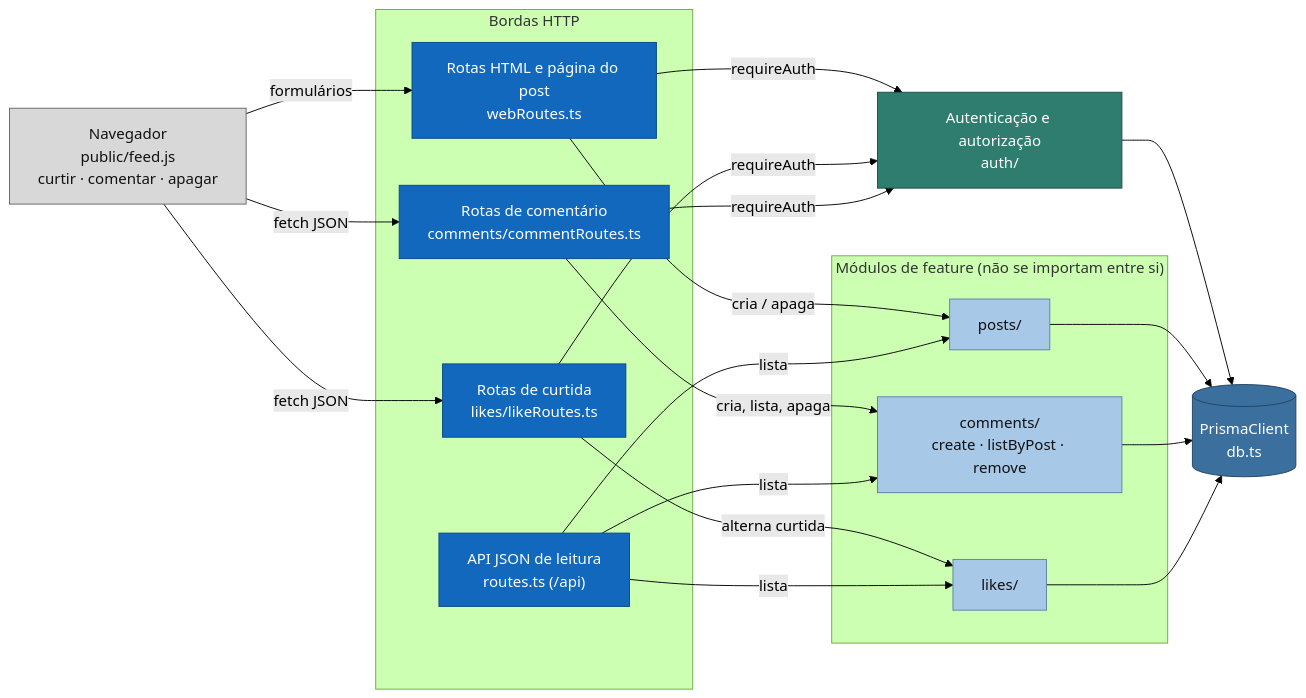
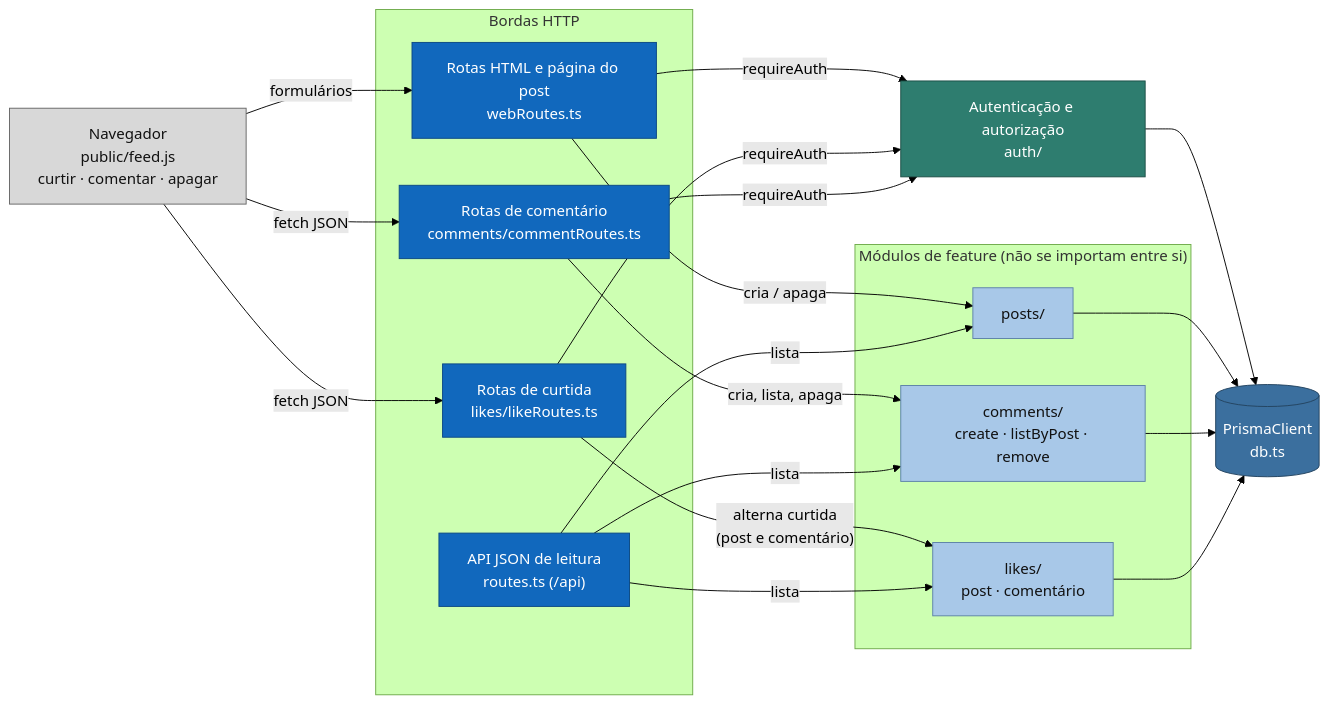
Before and after one commit to robertoSilva-ux/redesocial: the third of 4 diagrams in docs/arquitetura/c4.md, drawn with Mermaid (forest theme). The commit also changed other lines of this file and 6 other files, not shown here.

First line of the commit message:
feat(likes): curtida em comentário, sem migração (E2a, atividade 3)

````diff
--- a/docs/arquitetura/c4.md
+++ b/docs/arquitetura/c4.md
@@ -90,45 +90,45 @@
 ```mermaid
 flowchart LR
   nav["Navegador<br/>public/feed.js<br/>curtir · comentar · apagar"]:::externo
 
   subgraph bordas["Bordas HTTP"]
     web["Rotas HTML e página do post<br/>webRoutes.ts"]
     inter["Rotas de curtida<br/>likes/likeRoutes.ts"]
     com["Rotas de comentário<br/>comments/commentRoutes.ts"]:::borda
     api["API JSON de leitura<br/>routes.ts (/api)"]
   end
 
   subgraph modulos["Módulos de feature (não se importam entre si)"]
     posts["posts/"]
     comments["comments/<br/>create · listByPost · remove"]
-    likes["likes/"]
+    likes["likes/<br/>post · comentário"]
   end
 
   auth["Autenticação e autorização<br/>auth/"]:::transversal
   db[("PrismaClient<br/>db.ts")]:::dados
 
   nav -->|"formulários"| web
   nav -->|"fetch JSON"| inter
   nav -->|"fetch JSON"| com
   web -->|"requireAuth"| auth
   inter -->|"requireAuth"| auth
   com -->|"requireAuth"| auth
   web -->|"cria / apaga"| posts
-  inter -->|"alterna curtida"| likes
+  inter -->|"alterna curtida<br/>(post e comentário)"| likes
   com -->|"cria, lista, apaga"| comments
   api -->|"lista"| posts
   api -->|"lista"| comments
   api -->|"lista"| likes
   auth --> db
   posts --> db
   comments --> db
   likes --> db
 
   classDef externo fill:#d8d8d8,stroke:#666,color:#111
   classDef borda fill:#1168bd,stroke:#0b4884,color:#fff
   classDef modulo fill:#a8c8e8,stroke:#5d82a8,color:#111
   classDef transversal fill:#2e7d6f,stroke:#1d4f46,color:#fff
   classDef dados fill:#3b6f9e,stroke:#24445f,color:#fff
   class web,inter,api borda
   class posts,comments,likes modulo
 ```
````
